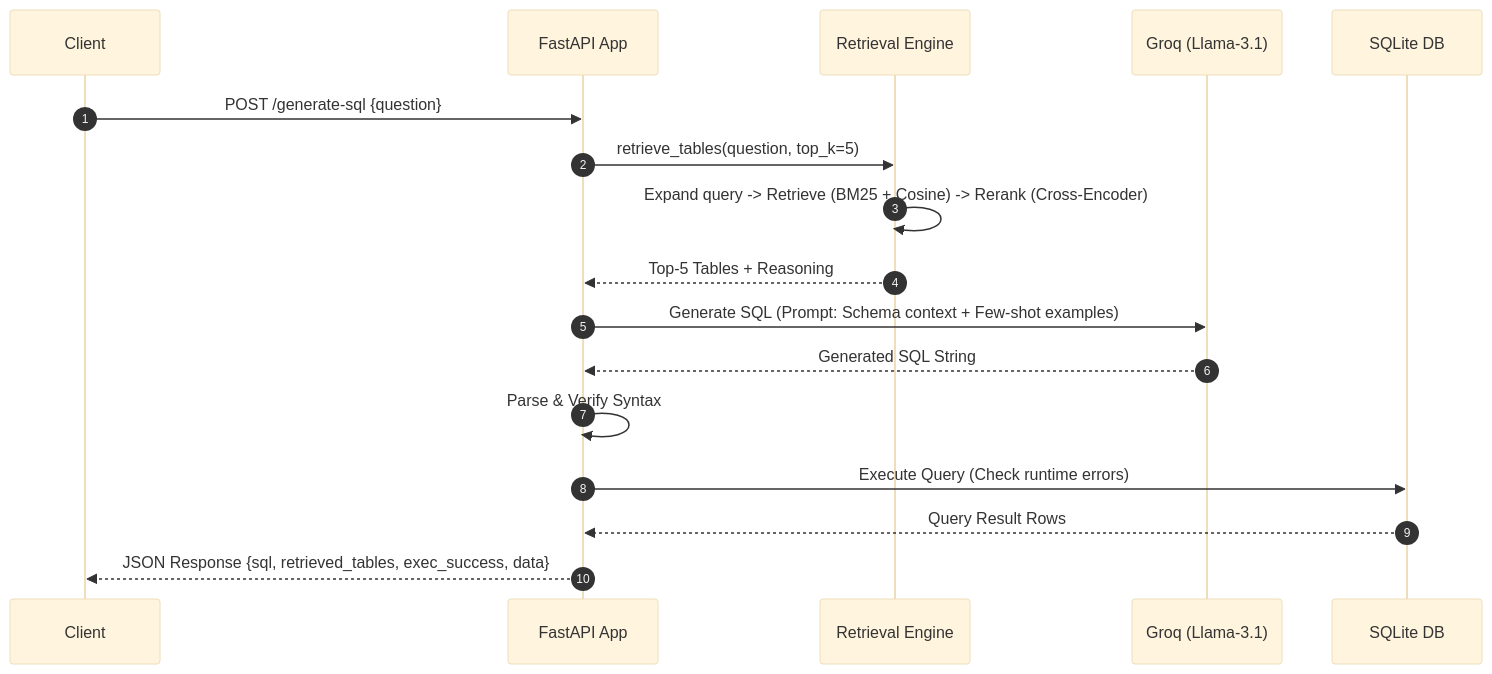
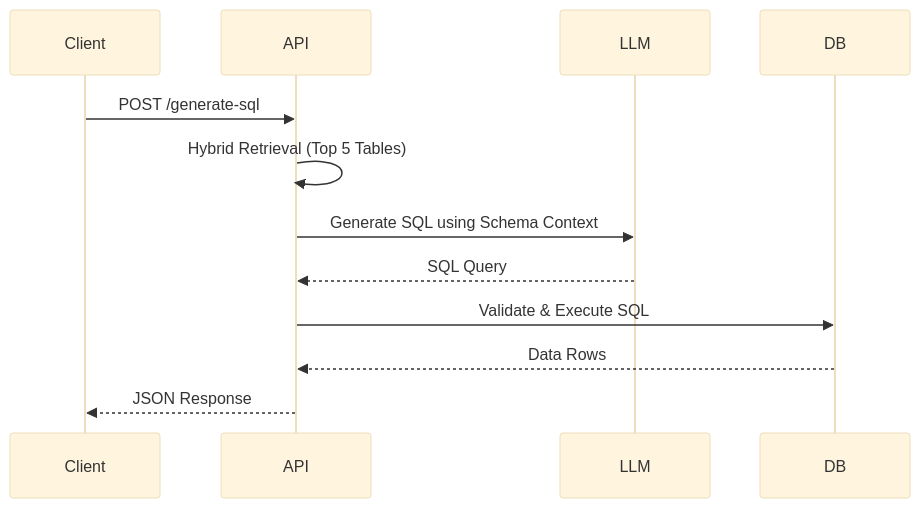
One commit to ANANYA542/text-to-sql-api changed the third of 3 diagrams in README.md. Above: the diagram before and after it, drawn with Mermaid (base theme). The commit also changed other lines of this file, not shown here.

````diff
--- a/README.md
+++ b/README.md
@@ -66,20 +51,15 @@
 ```mermaid
 sequenceDiagram
-    autonumber
-    participant User as Client
-    participant API as FastAPI App
-    participant RE as Retrieval Engine
-    participant LLM as Groq (Llama-3.1)
-    participant DB as SQLite DB
+    participant Client
+    participant API
+    participant LLM
+    participant DB
 
-    User->>API: POST /generate-sql {question}
-    API->>RE: retrieve_tables(question, top_k=5)
-    RE->>RE: Expand query -> Retrieve (BM25 + Cosine) -> Rerank (Cross-Encoder)
-    RE-->>API: Top-5 Tables + Reasoning
-    API->>LLM: Generate SQL (Prompt: Schema context + Few-shot examples)
-    LLM-->>API: Generated SQL String
-    API->>API: Parse & Verify Syntax
-    API->>DB: Execute Query (Check runtime errors)
-    DB-->>API: Query Result Rows
-    API-->>User: JSON Response {sql, retrieved_tables, exec_success, data}
+    Client->>API: POST /generate-sql
+    API->>API: Hybrid Retrieval (Top 5 Tables)
+    API->>LLM: Generate SQL using Schema Context
+    LLM-->>API: SQL Query
+    API->>DB: Validate & Execute SQL
+    DB-->>API: Data Rows
+    API-->>Client: JSON Response
 ```
````
